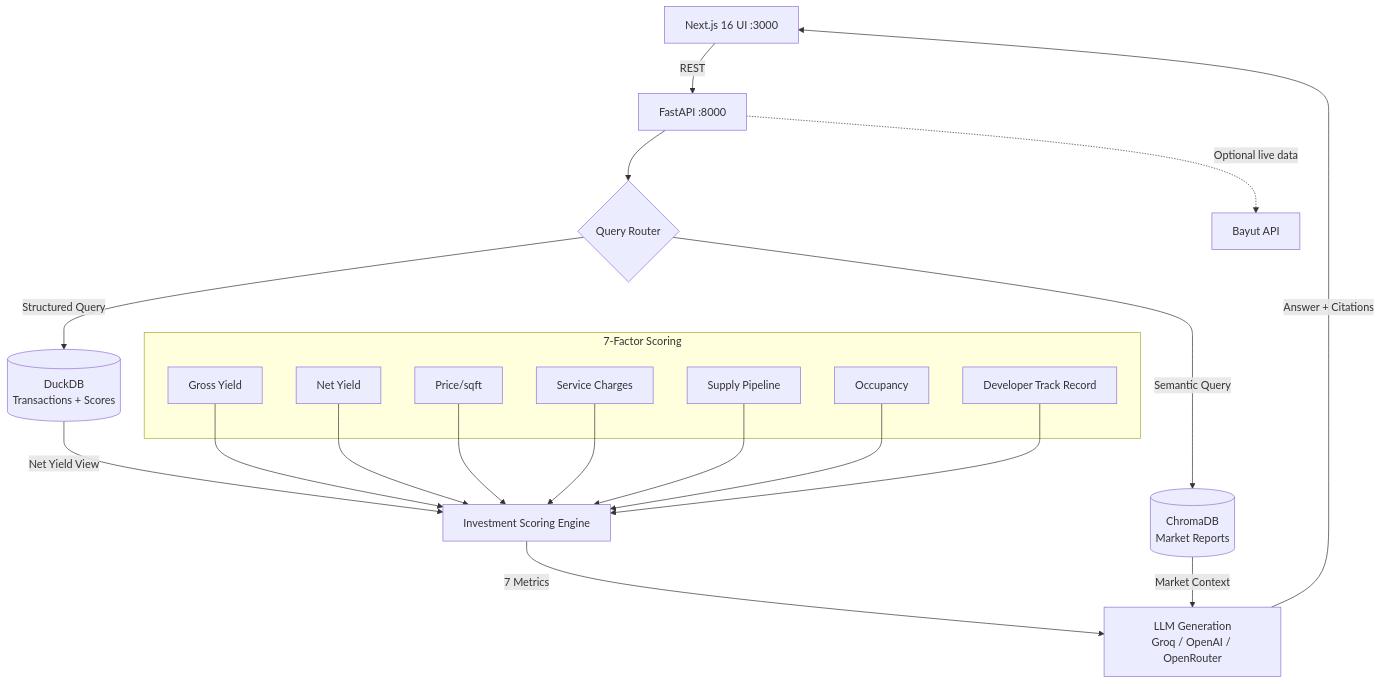
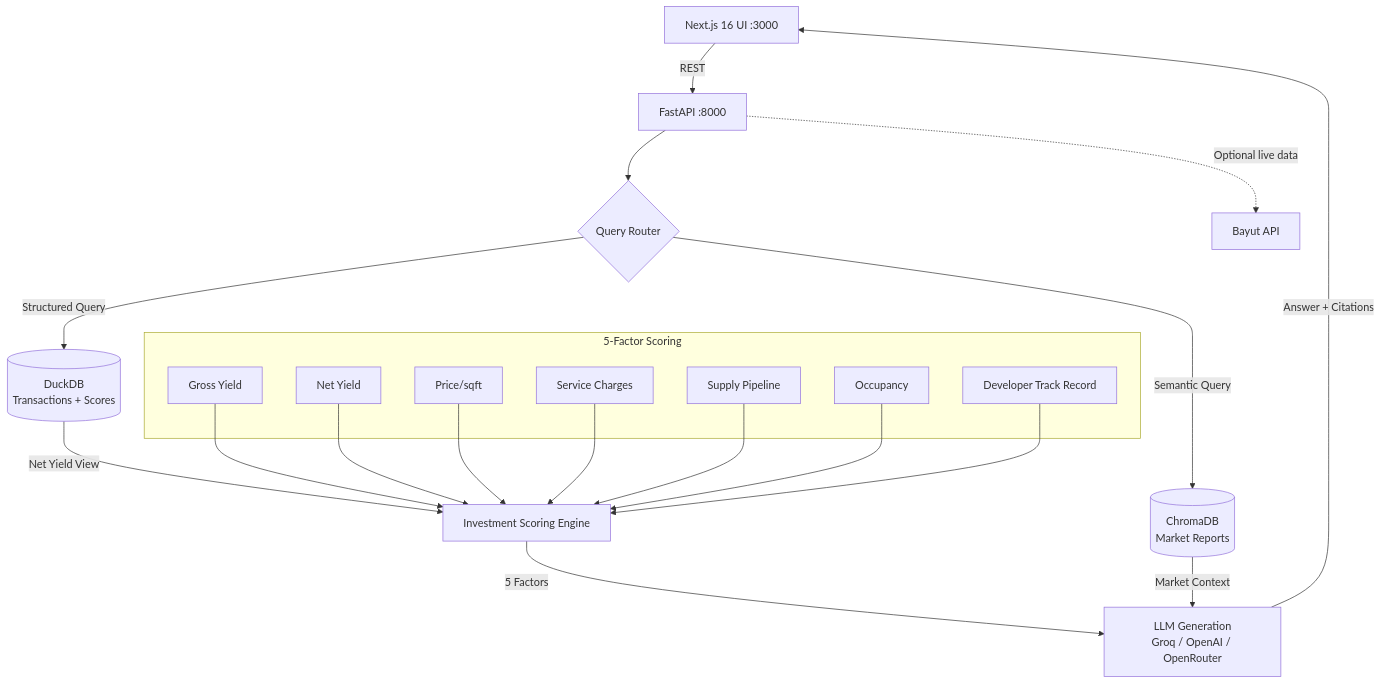
The diagram in README.md (ahmedbasolan/dubai-property-bot), drawn with Mermaid before and after one commit. The commit also changed other lines of this file and 1 other file, not shown here.

````diff
--- a/README.md
+++ b/README.md
@@ -9,33 +9,33 @@
 ```mermaid
 graph TB
     UI[Next.js 16 UI :3000] -->|REST| API[FastAPI :8000]
     API --> Router{Query Router}
 
     Router -->|Structured Query| DuckDB[(DuckDB<br/>Transactions + Scores)]
     Router -->|Semantic Query| ChromaDB[(ChromaDB<br/>Market Reports)]
     API -.->|Optional live data| Bayut[Bayut API]
 
     DuckDB --> |Net Yield View| Scores[Investment Scoring Engine]
-    Scores --> |7 Metrics| LLM[LLM Generation<br/>Groq / OpenAI / OpenRouter]
+    Scores --> |5 Factors| LLM[LLM Generation<br/>Groq / OpenAI / OpenRouter]
     ChromaDB --> |Market Context| LLM
 
     LLM --> |Answer + Citations| UI
 
-    subgraph "7-Factor Scoring"
+    subgraph "5-Factor Scoring"
         S1[Gross Yield]
         S2[Net Yield]
         S3[Price/sqft]
         S4[Service Charges]
         S5[Supply Pipeline]
         S6[Occupancy]
         S7[Developer Track Record]
     end
 
     S1 --> Scores
     S2 --> Scores
     S3 --> Scores
     S4 --> Scores
     S5 --> Scores
     S6 --> Scores
     S7 --> Scores
 ```
````
